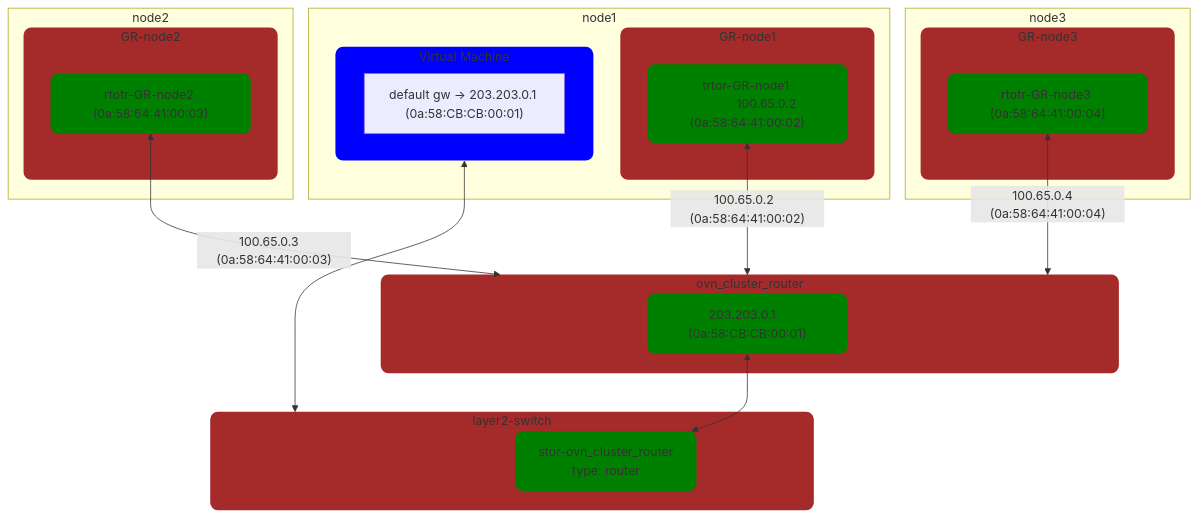
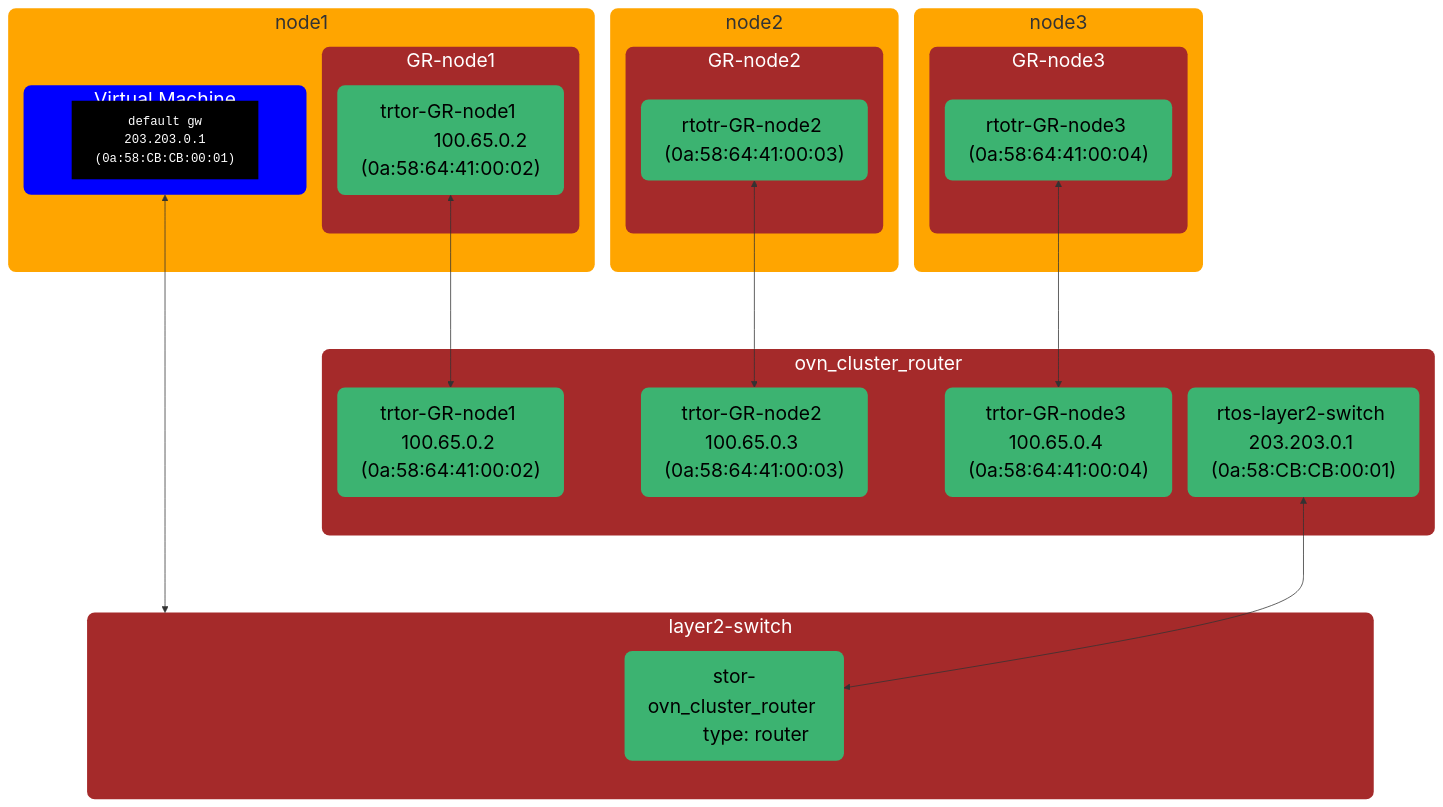
The fifth of 5 diagrams in docs/okeps/okep-5094-layer2-transit-router.md (ovn-kubernetes/ovn-kubernetes), drawn with Mermaid before and after one commit.

````diff
--- a/docs/okeps/okep-5094-layer2-transit-router.md
+++ b/docs/okeps/okep-5094-layer2-transit-router.md
@@ -259,55 +259,69 @@
 ```mermaid
+%%{init: {"nodeSpacing": 20, "rankSpacing": 100}}%%
 flowchart TD
-    classDef vmStyle fill:blue,stroke:none,rx:10px,ry:10px;
-    classDef portStyle fill:green,stroke:none,rx:10px,ry:10px;
-    classDef routerStyle fill:brown,stroke:none,rx:10px,ry:10px;
-    classDef switchStyle fill:brown,stroke:none,rx:10px,ry:10px;
-    
-    
+    classDef nodeStyle fill:orange,stroke:none,rx:10px,ry:10px,font-size:25px;
+    classDef vmStyle fill:blue,stroke:none,color:white,rx:10px,ry:10px,font-size:25px;
+    classDef portStyle fill:#3CB371,color:black,stroke:none,rx:10px,ry:10px,font-size:25px;
+    classDef routerStyle fill:brown,color:white,stroke:none,rx:10px,ry:10px,font-size:25px;
+    classDef switchStyle fill:brown,color:white,stroke:none,rx:10px,ry:10px,font-size:25px;
+    classDef termStyle font-family:monospace,fill:black,stroke:none,color:white;
 
     subgraph node1["node1"]
         subgraph GR-node1
             rtotr-GR-node1["trtor-GR-node1 
             100.65.0.2 (0a:58:64:41:00:02)"]
         end
         subgraph VM["Virtual Machine"]
 
             class VM vmStyle;
-            route["default gw -> 203.203.0.1 (0a:58:CB:CB:00:01)"]
+            term["default gw 
+            203.203.0.1
+            (0a:58:CB:CB:00:01)"]
         end
     end
     subgraph node2
         subgraph GR-node2
             rtotr-GR-node2["rtotr-GR-node2 (0a:58:64:41:00:03)"]
         end
     end
     subgraph node3
         subgraph GR-node3
             rtotr-GR-node3["rtotr-GR-node3 (0a:58:64:41:00:04)"]
         end
     end
     subgraph layer2-switch
         stor-ovn_cluster_router["stor-ovn_cluster_router 
         type: router"]
     end
-    subgraph ovn_cluster_router
-        rtos-layer2-switch["203.203.0.1   (0a:58:CB:CB:00:01)"]
+    subgraph ovn_cluster_router["ovn_cluster_router "]
+        trtor-GR-node1["trtor-GR-node1 100.65.0.2 (0a:58:64:41:00:02)"]
+        trtor-GR-node2["trtor-GR-node2 100.65.0.3 (0a:58:64:41:00:03)"]
+        trtor-GR-node3["trtor-GR-node3 100.65.0.4 (0a:58:64:41:00:04)"]
+        rtos-layer2-switch["rtos-layer2-switch 203.203.0.1 (0a:58:CB:CB:00:01)"]
     end
-    rtotr-GR-node1 <-->|"100.65.0.2  (0a:58:64:41:00:02)"| ovn_cluster_router
-    rtotr-GR-node2 <-->|"100.65.0.3   (0a:58:64:41:00:03)"| ovn_cluster_router
-    rtotr-GR-node3 <-->|"100.65.0.4   (0a:58:64:41:00:04)"| ovn_cluster_router
+    rtotr-GR-node1 <--> trtor-GR-node1
+    rtotr-GR-node2 <--> trtor-GR-node2
+    rtotr-GR-node3 <--> trtor-GR-node3
     VM <-->layer2-switch
     rtos-layer2-switch <--> stor-ovn_cluster_router
     
     class VM vmStyle;
     class rtotr-GR-node1 portStyle;
     class rtotr-GR-node2 portStyle;
     class rtotr-GR-node3 portStyle;
+    class trtor-GR-node1 portStyle;
+    class trtor-GR-node2 portStyle;
+    class trtor-GR-node3 portStyle;
     class stor-ovn_cluster_router portStyle;
     class rtos-layer2-switch portStyle;
     class GR-node1 routerStyle;
     class GR-node2 routerStyle;
     class GR-node3 routerStyle;
     class ovn_cluster_router routerStyle;
     class layer2-switch switchStyle
-```
+    class term termStyle;
+    class node1,node2,node3 nodeStyle;
+    
+
+
+ ```
````
